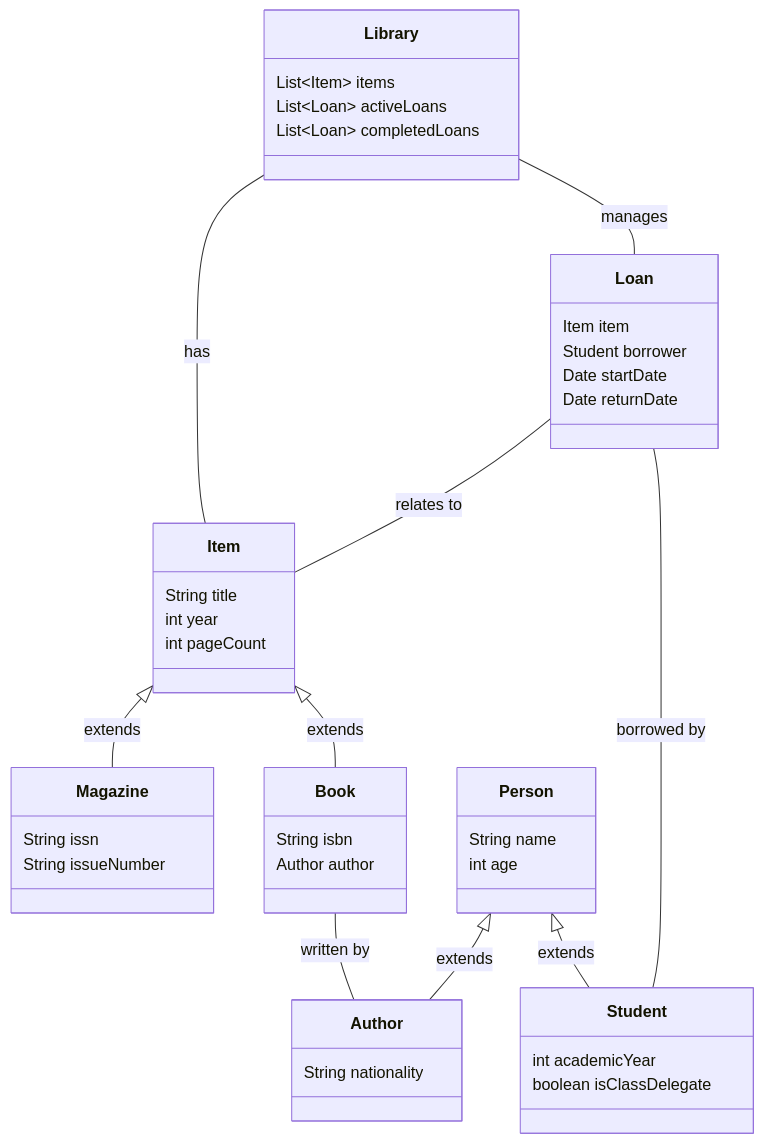
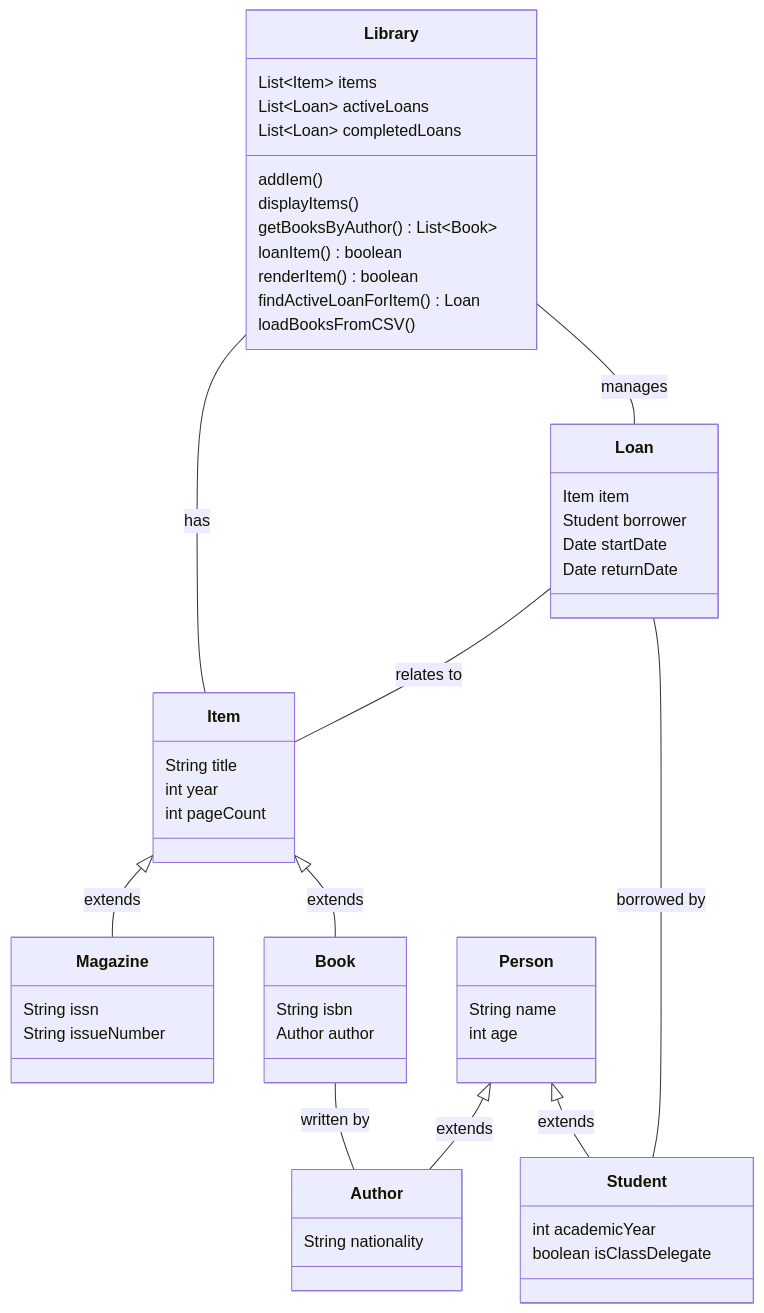
The diagram in doc/tp/tp2.qmd (ludo2ne/ENSAI-2A-Java), drawn with Mermaid before and after one commit. The commit also changed other lines of this file and 1 other file, not shown here.

````diff
--- a/doc/tp/tp2.qmd
+++ b/doc/tp/tp2.qmd
@@ -108,55 +114,62 @@
 ```{mermaid}
 classDiagram
     class Library {
         List~Item~ items
         List~Loan~ activeLoans
         List~Loan~ completedLoans
+        addIem()
+        displayItems()
+        getBooksByAuthor() List~Book~
+        loanItem() boolean
+        renderItem() boolean
+        findActiveLoanForItem() Loan
+        loadBooksFromCSV()
     }
     
     class Item {
         String title
         int year
         int pageCount
     }
     
     class Book {
         String isbn
         Author author
     }
     
     class Magazine {
         String issn
         String issueNumber
     }
 
     class Person {
         String name
         int age
     }
 
     class Author {
         String nationality
     }
 
     class Student {
         int academicYear
         boolean isClassDelegate
     }
 
     class Loan {
         Item item
         Student borrower
         Date startDate
         Date returnDate
     }
 
     Library  --  Item : has
     Library  --  Loan : manages
     Loan  --  Item : relates to
     Loan  --  Student : borrowed by
     Person <|-- Author : extends
     Person <|-- Student : extends
     Item <|-- Magazine : extends
     Item <|-- Book : extends
     Book  -- Author : written by
 ```
````
